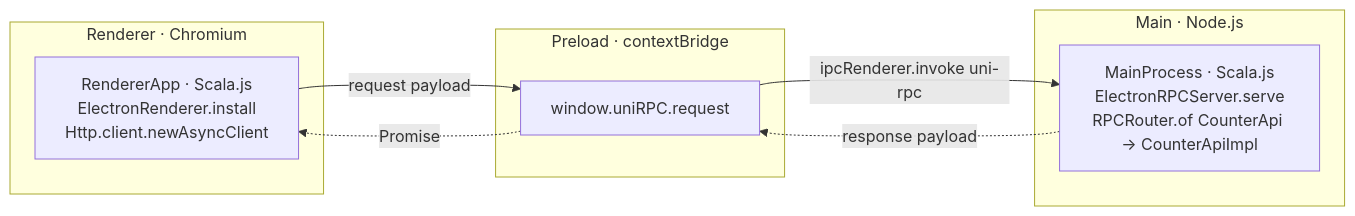
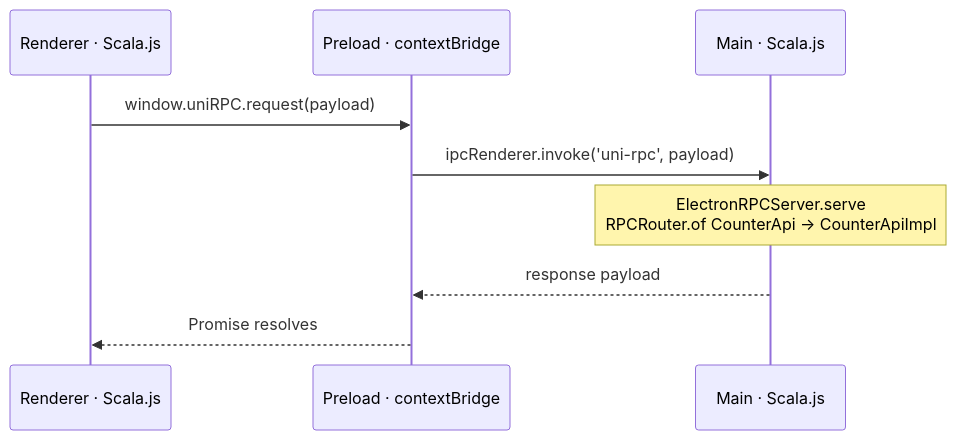
Before and after one commit to wvlet/uni: the diagram in examples/electron-app/README.md, drawn with Mermaid. The commit also changed 2 other files, not shown here.

Commit message:
docs: Use sequence diagrams for the Electron IPC flow (#611)
## Summary

Follow-up to #610. The horizontal Mermaid flowcharts rendered **too
small** in VitePress's width-limited content column.

The renderer↔preload↔main exchange is really a **request/response
sequence**, so this switches the three diagrams to `sequenceDiagram`:
- Lays out **vertically** → fits the narrow content column (docs have
plenty of vertical space).
- Reads top-to-bottom in call order, making the IPC round-trip explicit
(request → `ipcRenderer.invoke` → dispatch → response → Promise).

No site-wide changes (no column widening, no zoom plugin) — the fix is
just the right diagram type for the content.

Applied to:
- `docs/http/electron.md` (reference)
- `docs/http/electron-tutorial.md` (tutorial)
- `examples/electron-app/README.md` (GitHub renders it natively)

## Verification

`pnpm docs:build` passes; `sequenceDiagram` and the (URL-encoded)
message text are bundled into the page chunks for client-side rendering.

🤖 Generated with [Claude Code](https://claude.com/claude-code)

````diff
--- a/examples/electron-app/README.md
+++ b/examples/electron-app/README.md
@@ -7,16 +7,11 @@
 ```mermaid
-flowchart LR
-  subgraph R["Renderer · Chromium"]
-    A["RendererApp · Scala.js<br/>ElectronRenderer.install<br/>Http.client.newAsyncClient"]
-  end
-  subgraph PL["Preload · contextBridge"]
-    B["window.uniRPC.request"]
-  end
-  subgraph M["Main · Node.js"]
-    C["MainProcess · Scala.js<br/>ElectronRPCServer.serve<br/>RPCRouter.of CounterApi → CounterApiImpl"]
-  end
-  A -- "request payload" --> B
-  B -- "ipcRenderer.invoke uni-rpc" --> C
-  C -. "response payload" .-> B
-  B -. "Promise" .-> A
+sequenceDiagram
+    participant R as Renderer · Scala.js
+    participant P as Preload · contextBridge
+    participant M as Main · Scala.js
+    R->>P: window.uniRPC.request(payload)
+    P->>M: ipcRenderer.invoke('uni-rpc', payload)
+    Note over M: ElectronRPCServer.serve<br/>RPCRouter.of CounterApi → CounterApiImpl
+    M-->>P: response payload
+    P-->>R: Promise resolves
 ```
````
